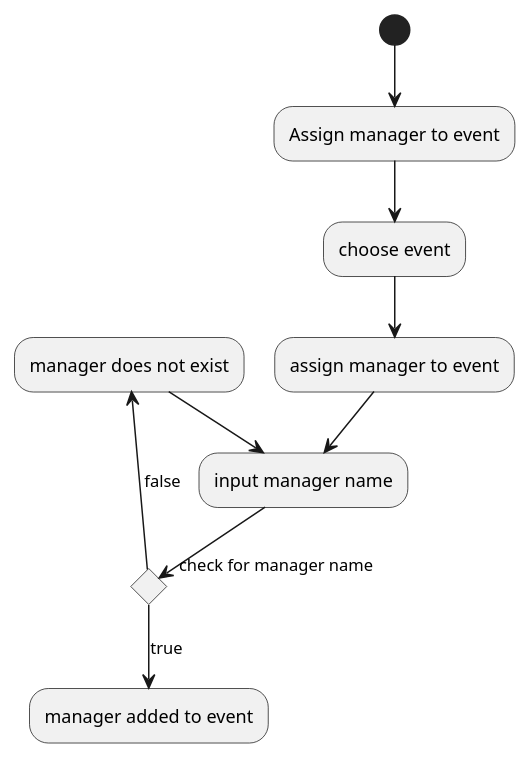
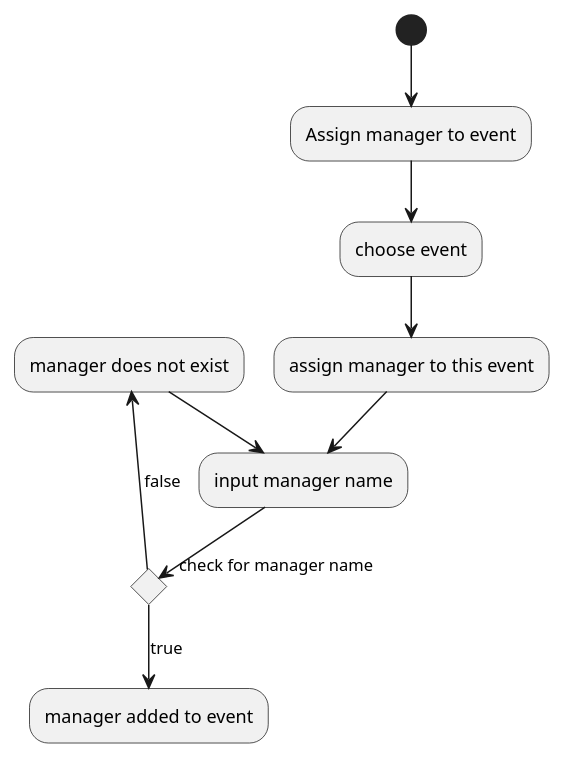
The diagram in src/no/ticket/Charts/Activity/AssignManagersToEvent.puml (simenvl/software-engineering_g12), drawn with PlantUML before and after one commit. The commit also changed 9 other files, not shown here.

```diff
--- a/src/no/ticket/Charts/Activity/AssignManagersToEvent.puml
+++ b/src/no/ticket/Charts/Activity/AssignManagersToEvent.puml
@@ -1,12 +1,12 @@
 @startuml
 (*)  --> "Assign manager to event"
 --> choose event
---> assign manager to event
+--> assign manager to this event
 --> input manager name
 if "check for manager name"
 --> [true] "manager added to event"
 else
 -up-> [false] "manager does not exist"
 --> "input manager name"
 endif
 @enduml
```
